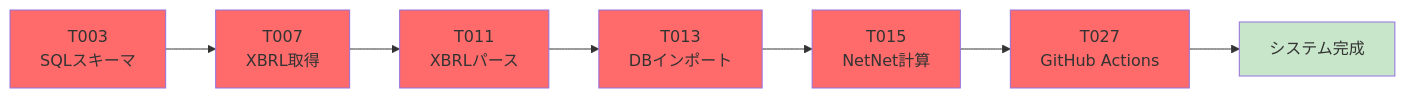
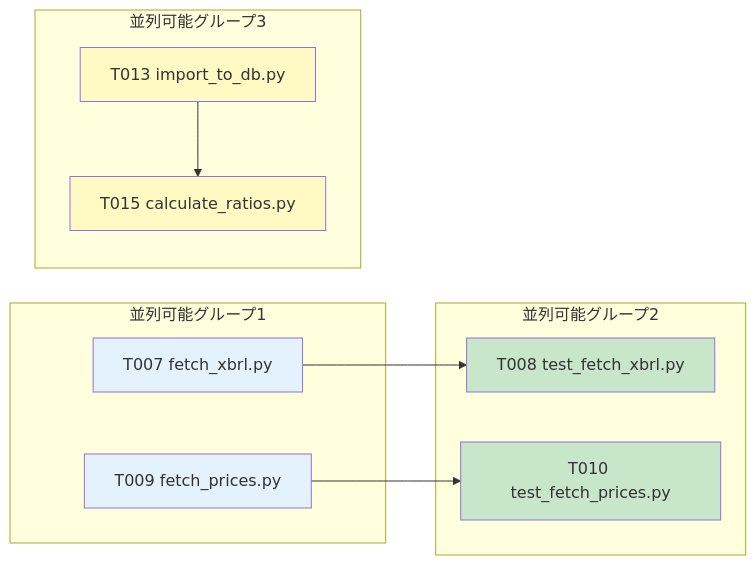
Before and after one commit to J1921604/stock-analysis: the fourth of 5 diagrams in specs/feature/impl-001-stock-analysis-system/tasks.md, drawn with Mermaid. The commit also changed other lines of this file and 35 other files, not shown here.

````diff
--- a/specs/feature/impl-001-stock-analysis-system/tasks.md
+++ b/specs/feature/impl-001-stock-analysis-system/tasks.md
@@ -3288,17 +484,28 @@
 ```mermaid
 flowchart LR
-    T003[T003<br/>SQLスキーマ] --> T007[T007<br/>XBRL取得]
-    T007 --> T011[T011<br/>XBRLパース]
-    T011 --> T013[T013<br/>DBインポート]
-    T013 --> T015[T015<br/>NetNet計算]
-    T015 --> T027[T027<br/>GitHub Actions]
-    T027 --> END[システム完成]
+    subgraph "並列可能グループ1"
+        T007[T007 fetch_xbrl.py]
+        T009[T009 fetch_prices.py]
+    end
     
-    style T003 fill:#ff6b6b
-    style T007 fill:#ff6b6b
-    style T011 fill:#ff6b6b
-    style T013 fill:#ff6b6b
-    style T015 fill:#ff6b6b
-    style T027 fill:#ff6b6b
-    style END fill:#c8e6c9
+    subgraph "並列可能グループ2"
+        T008[T008 test_fetch_xbrl.py]
+        T010[T010 test_fetch_prices.py]
+    end
+    
+    subgraph "並列可能グループ3"
+        T013[T013 import_to_db.py]
+        T015[T015 calculate_ratios.py]
+    end
+    
+    T007 --> T008
+    T009 --> T010
+    T013 --> T015
+    
+    style T007 fill:#e3f2fd
+    style T009 fill:#e3f2fd
+    style T008 fill:#c8e6c9
+    style T010 fill:#c8e6c9
+    style T013 fill:#fff9c4
+    style T015 fill:#fff9c4
 ```
````
